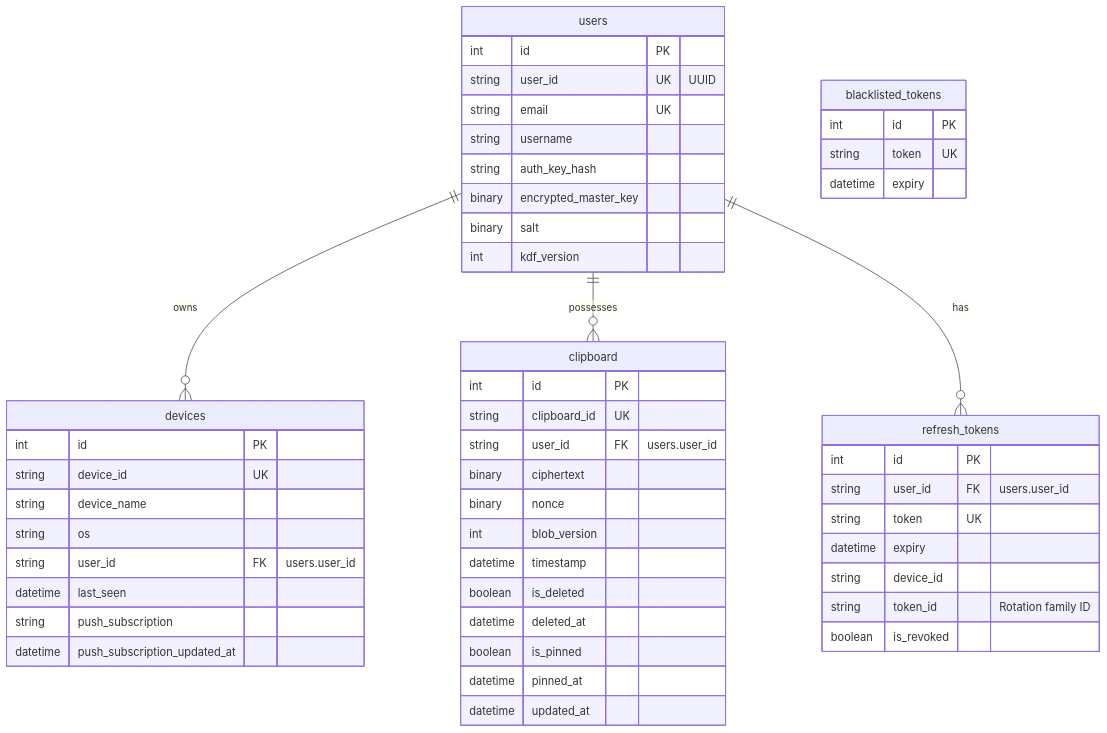
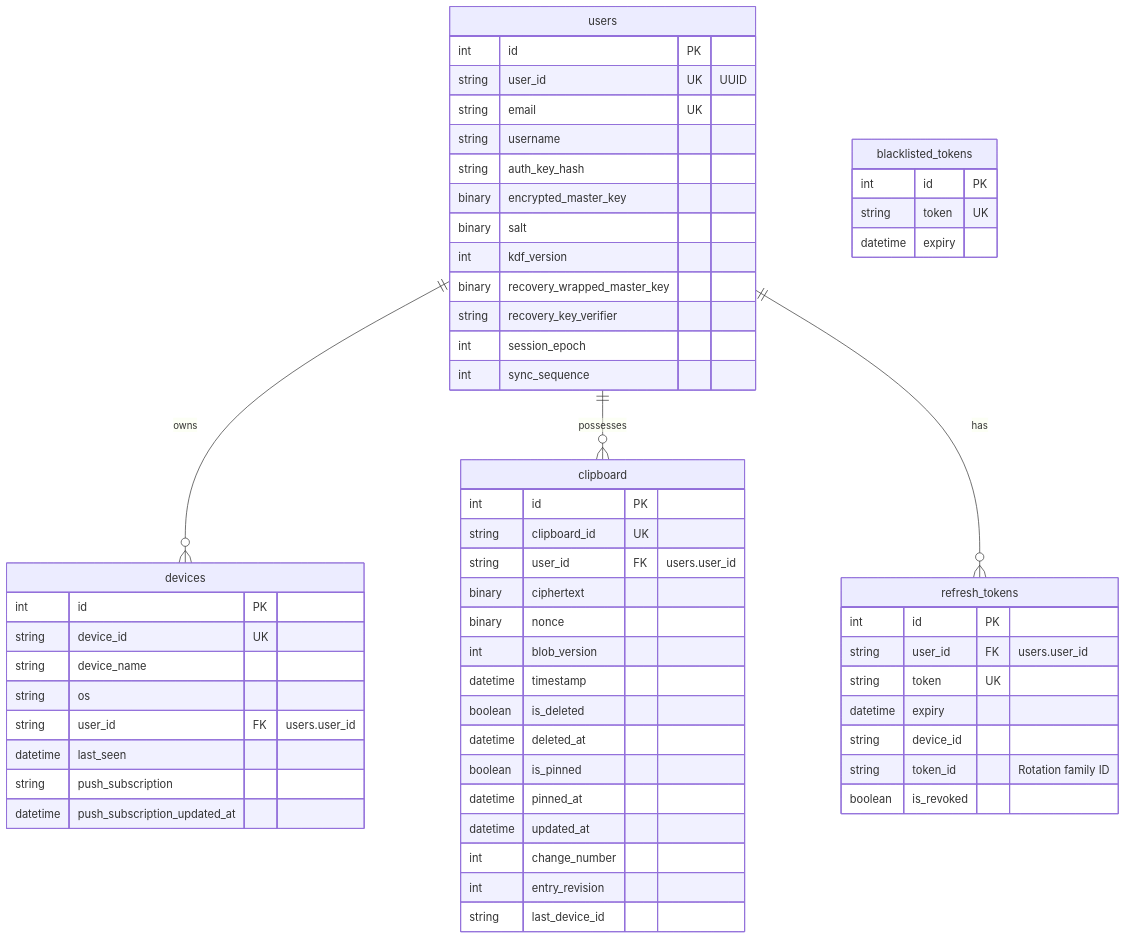
One commit to zyr-ux/Synclo-Backend changed the third of 3 diagrams in ARCHITECTURE.md. Above: the diagram before and after it, drawn with Mermaid. The commit also changed other lines of this file and 12 other files, not shown here.

````diff
--- a/ARCHITECTURE.md
+++ b/ARCHITECTURE.md
@@ -1064,55 +1115,62 @@
 ```mermaid
 erDiagram
     users {
         int id PK
         string user_id UK "UUID"
         string email UK
         string username
         string auth_key_hash
         binary encrypted_master_key
         binary salt
         int kdf_version
+        binary recovery_wrapped_master_key
+        string recovery_key_verifier
+        int session_epoch
+        int sync_sequence
     }
     devices {
         int id PK
         string device_id UK
         string device_name
         string os
         string user_id FK "users.user_id"
         datetime last_seen
         string push_subscription
         datetime push_subscription_updated_at
     }
     clipboard {
         int id PK
         string clipboard_id UK
         string user_id FK "users.user_id"
         binary ciphertext
         binary nonce
         int blob_version
         datetime timestamp
         boolean is_deleted
         datetime deleted_at
         boolean is_pinned
         datetime pinned_at
         datetime updated_at
+        int change_number
+        int entry_revision
+        string last_device_id
     }
     refresh_tokens {
         int id PK
         string user_id FK "users.user_id"
         string token UK
         datetime expiry
         string device_id
         string token_id "Rotation family ID"
         boolean is_revoked
     }
     blacklisted_tokens {
         int id PK
         string token UK
         datetime expiry
     }
 
     users ||--o{ devices : owns
     users ||--o{ clipboard : possesses
     users ||--o{ refresh_tokens : has
 ```
````
